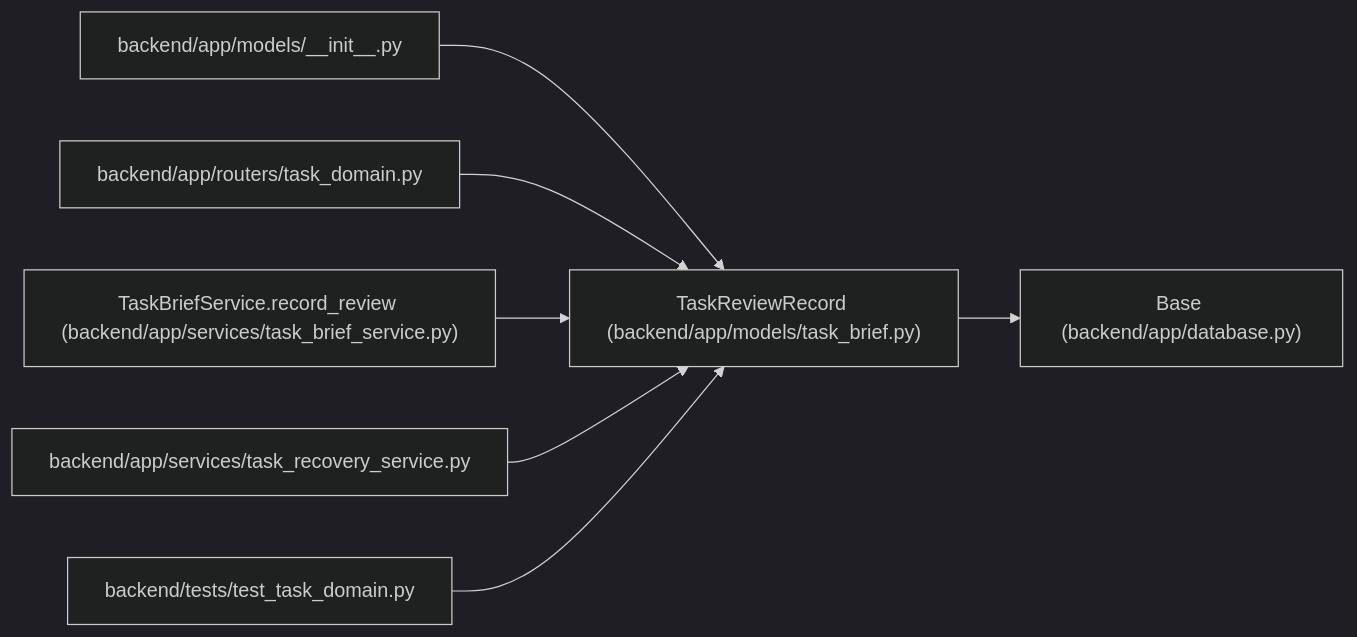
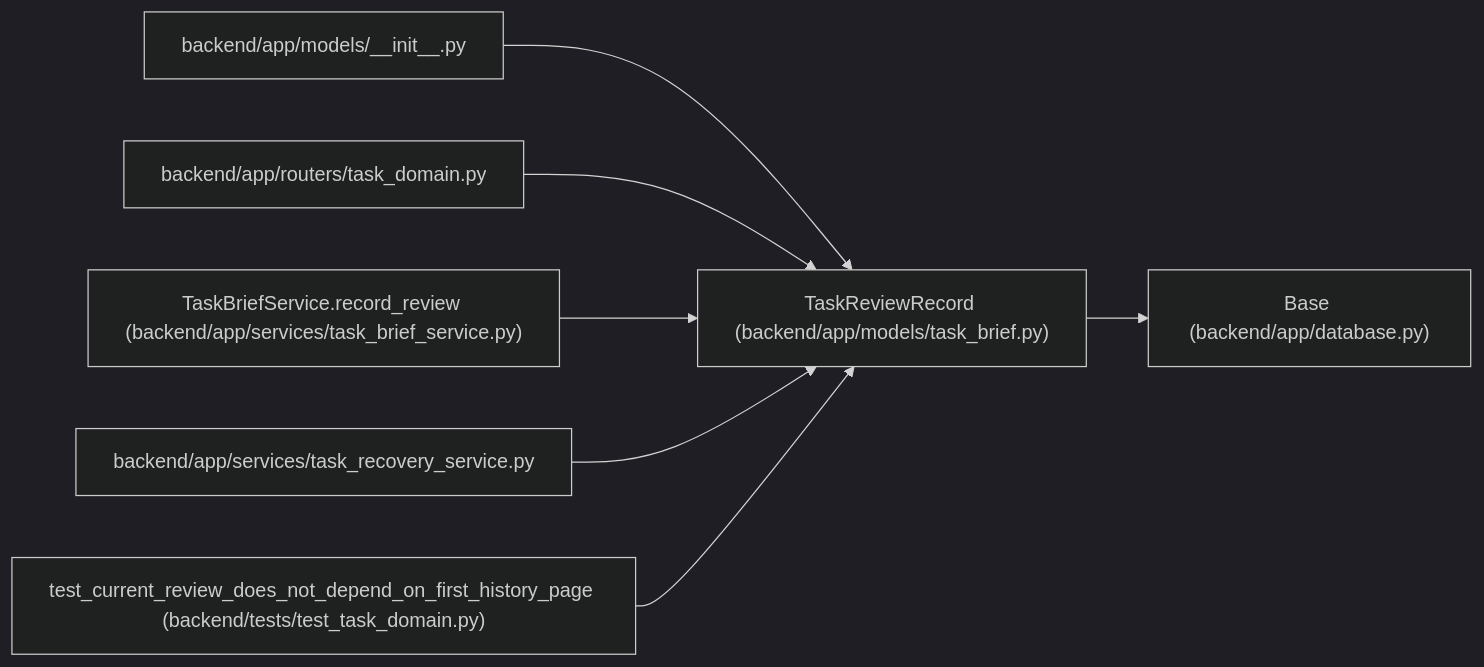
The diagram in docs/llm_wiki/entities/TaskReviewRecord.md (Denissvgn/WorkChord), drawn with Mermaid (dark theme) before and after one commit. The commit also changed other lines of this file and 458 other files, not shown here.

Commit message:
docs(wiki): describe evidence actions and current review projection

````diff
--- a/docs/llm_wiki/entities/TaskReviewRecord.md
+++ b/docs/llm_wiki/entities/TaskReviewRecord.md
@@ -37,23 +37,23 @@
 ```mermaid
 flowchart LR
     n0["TaskReviewRecord (backend/app/models/task_brief.py)"]
     n1["Base (backend/app/database.py)"]
     n2["backend/app/models/__init__.py"]
     n3["backend/app/routers/task_domain.py"]
     n4["TaskBriefService.record_review (backend/app/services/task_brief_service.py)"]
     n5["backend/app/services/task_recovery_service.py"]
-    n6["backend/tests/test_task_domain.py"]
+    n6["test_current_review_does_not_depend_on_first_history_page (backend/tests/test_task_domain.py)"]
     n0 --> n1
     n2 --> n0
     n3 --> n0
     n4 --> n0
     n5 --> n0
     n6 --> n0
     click n0 "../modules/models_task_brief.md"
     click n1 "../modules/app_database.md"
     click n2 "../modules/models___init__.md"
     click n3 "../modules/routers_task_domain.md"
     click n4 "../modules/task_brief_service.md"
     click n5 "../modules/task_recovery_service.md"
     click n6 "../modules/test_task_domain.md"
 ```
````
